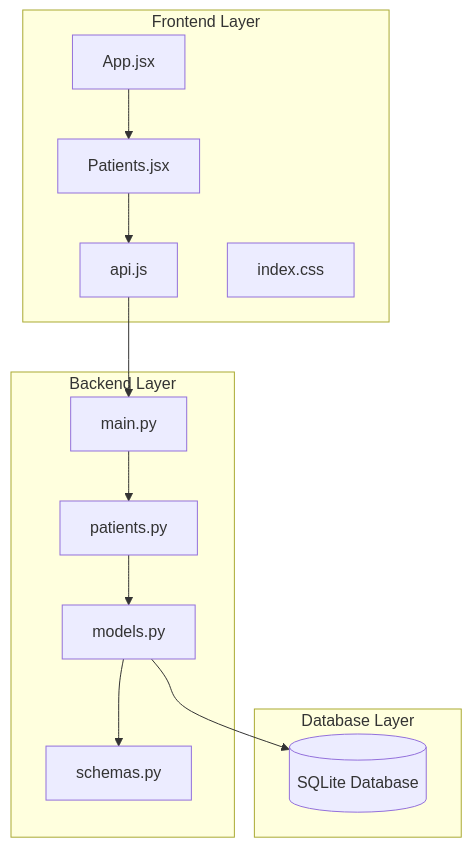
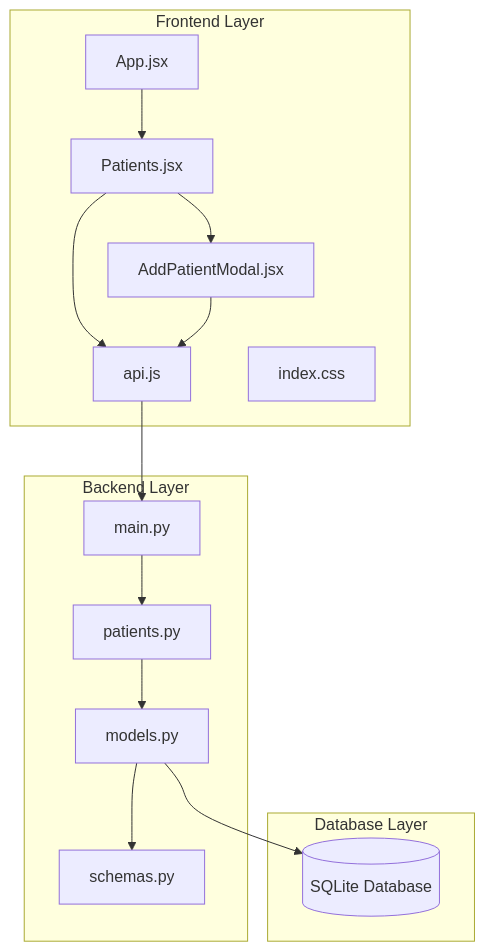
The first of 9 diagrams in .qoder/repowiki/en/content/Frontend Component Architecture/Patients Component.md (kasliwalsarthak7972/smart-healthcare-dashboard), drawn with Mermaid before and after one commit. The commit also changed other lines of this file and 7 other files, not shown here.

````diff
--- a/.qoder/repowiki/en/content/Frontend Component Architecture/Patients Component.md
+++ b/.qoder/repowiki/en/content/Frontend Component Architecture/Patients Component.md
@@ -34,25 +43,28 @@
 ```mermaid
 graph TB
 subgraph "Frontend Layer"
 App[App.jsx]
 Patients[Patients.jsx]
+AddPatientModal[AddPatientModal.jsx]
 API[api.js]
 Styles[index.css]
 end
 subgraph "Backend Layer"
 Main[main.py]
 Router[patients.py]
 Models[models.py]
 Schemas[schemas.py]
 end
 subgraph "Database Layer"
 SQLite[(SQLite Database)]
 end
 App --> Patients
 Patients --> API
+Patients --> AddPatientModal
+AddPatientModal --> API
 API --> Main
 Main --> Router
 Router --> Models
 Models --> Schemas
 Models --> SQLite
 ```
````
